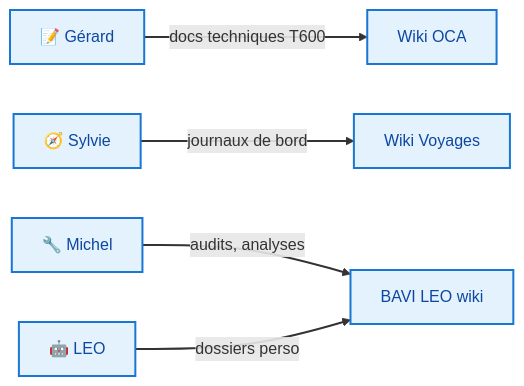
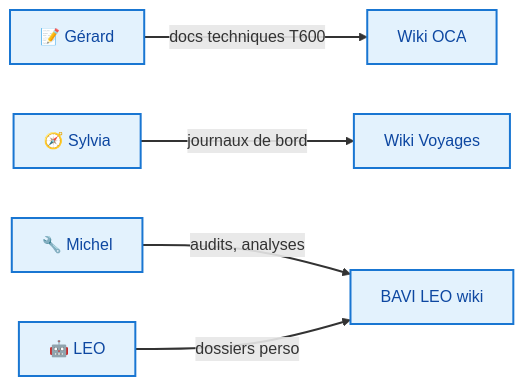
Before and after one commit to christophedanhier-hash/BAVI_LEO: the third of 3 diagrams in docs/index.md, drawn with Mermaid. The commit also changed other lines of this file and 14 other files, not shown here.

Commit message:
🧭 Bureau Sylvie → Sylvia

````diff
--- a/docs/index.md
+++ b/docs/index.md
@@ -163,16 +163,16 @@
 ```mermaid
 flowchart LR
     Gerard["📝 Gérard"] -->|"docs techniques T600"| WikiOCA["Wiki OCA"]
-    Sylvie["🧭 Sylvie"] -->|"journaux de bord"| WikiVoyages["Wiki Voyages"]
+    Sylvia["🧭 Sylvia"] -->|"journaux de bord"| WikiVoyages["Wiki Voyages"]
     Michel["🔧 Michel"] -->|"audits, analyses"| BAVI["BAVI LEO wiki"]
     LEO["🤖 LEO"] -->|"dossiers perso"| BAVI
 
     style Gerard fill:#e3f2fd,stroke:#1976d2,stroke-width:2px,color:#0d47a1
-    style Sylvie fill:#e3f2fd,stroke:#1976d2,stroke-width:2px,color:#0d47a1
+    style Sylvia fill:#e3f2fd,stroke:#1976d2,stroke-width:2px,color:#0d47a1
     style Michel fill:#e3f2fd,stroke:#1976d2,stroke-width:2px,color:#0d47a1
     style LEO fill:#e3f2fd,stroke:#1976d2,stroke-width:2px,color:#0d47a1
     style WikiOCA fill:#e3f2fd,stroke:#1976d2,stroke-width:2px,color:#0d47a1
     style WikiVoyages fill:#e3f2fd,stroke:#1976d2,stroke-width:2px,color:#0d47a1
     style BAVI fill:#e3f2fd,stroke:#1976d2,stroke-width:2px,color:#0d47a1
     linkStyle default stroke-width:2px,fill:none
 ```
````
